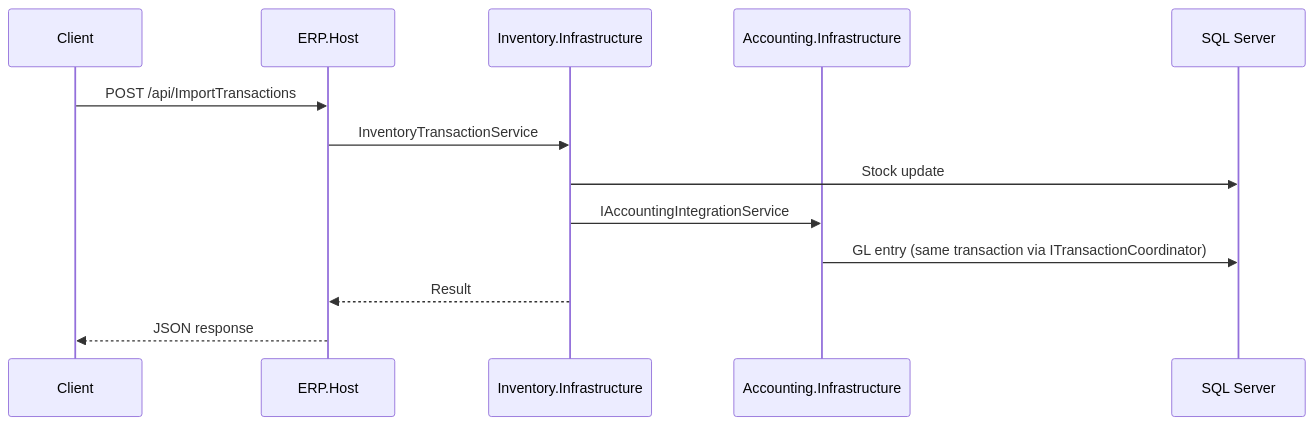
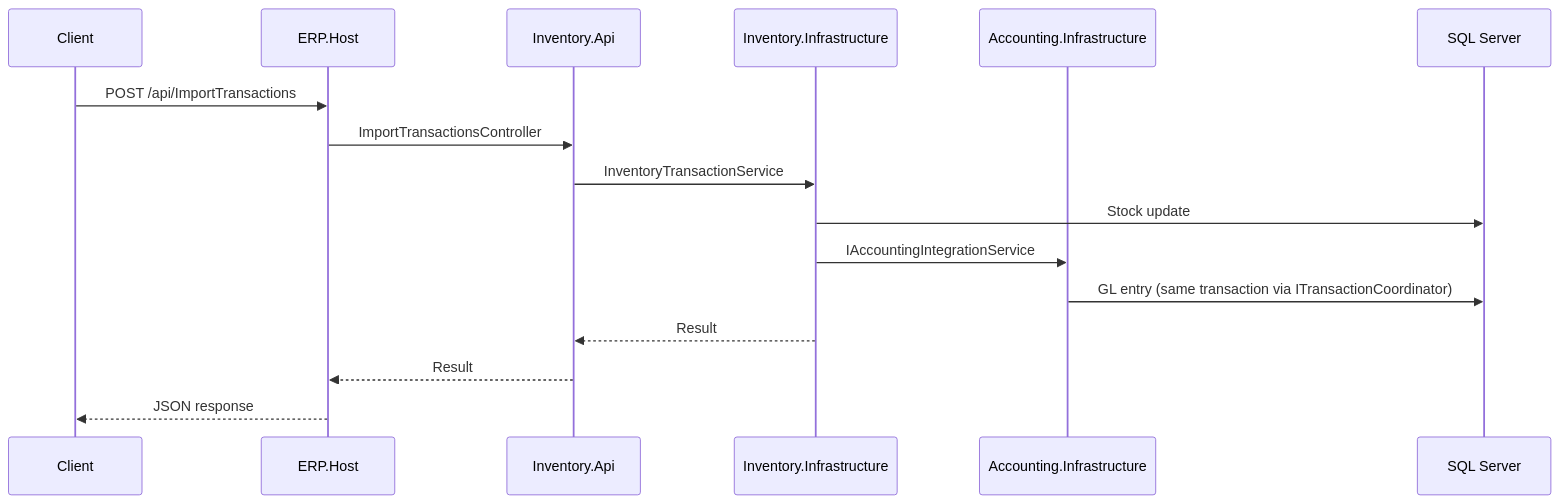
The second of 2 diagrams in docs/architecture/SOLUTION_DIAGRAM.md (AhmedYounis20/AAA.ERP), drawn with Mermaid before and after one commit. The commit also changed other lines of this file and 6 other files, not shown here.

First line of the commit message:
Complete Phase 6 API migration docs: sync architecture references.

````diff
--- a/docs/architecture/SOLUTION_DIAGRAM.md
+++ b/docs/architecture/SOLUTION_DIAGRAM.md
@@ -80,16 +94,19 @@
 ```mermaid
 sequenceDiagram
     participant Client
     participant Host as ERP.Host
+    participant Api as Inventory.Api
     participant Inv as Inventory.Infrastructure
     participant Acc as Accounting.Infrastructure
     participant DB as SQL Server
 
     Client->>Host: POST /api/ImportTransactions
-    Host->>Inv: InventoryTransactionService
+    Host->>Api: ImportTransactionsController
+    Api->>Inv: InventoryTransactionService
     Inv->>DB: Stock update
     Inv->>Acc: IAccountingIntegrationService
     Acc->>DB: GL entry (same transaction via ITransactionCoordinator)
-    Inv-->>Host: Result
+    Inv-->>Api: Result
+    Api-->>Host: Result
     Host-->>Client: JSON response
 ```
````
